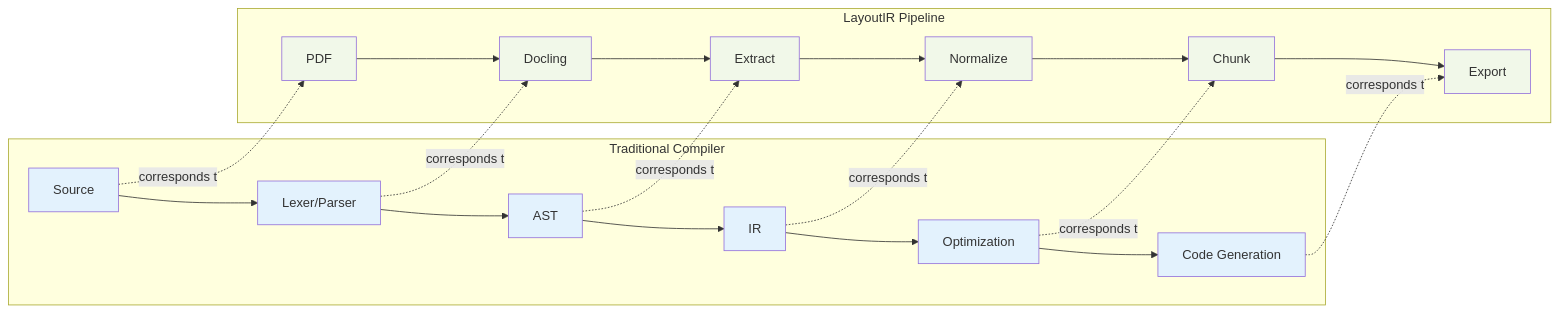
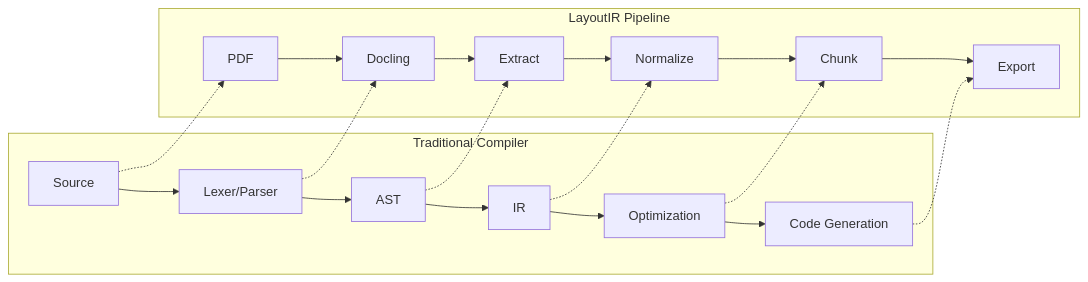
The first of 3 diagrams in docs/ARCHITECTURE.md (RahulPatnaik/layoutir), drawn with Mermaid before and after one commit. The commit also changed other lines of this file and 1 other file, not shown here.

Commit message:
Updated mermaid diagrams

````diff
--- a/docs/ARCHITECTURE.md
+++ b/docs/ARCHITECTURE.md
@@ -13,38 +13,25 @@
 ```mermaid
 graph LR
-    subgraph "Traditional Compiler"
+    subgraph TC[Traditional Compiler]
         CS[Source] --> CL[Lexer/Parser]
         CL --> CA[AST]
         CA --> CI[IR]
         CI --> CO[Optimization]
         CO --> CC[Code Generation]
     end
 
-    subgraph "LayoutIR Pipeline"
+    subgraph LP[LayoutIR Pipeline]
         PS[PDF] --> PD[Docling]
         PD --> PE[Extract]
         PE --> PN[Normalize]
         PN --> PC[Chunk]
         PC --> PX[Export]
     end
 
-    CS -.corresponds to.-> PS
-    CL -.corresponds to.-> PD
-    CA -.corresponds to.-> PE
-    CI -.corresponds to.-> PN
-    CO -.corresponds to.-> PC
-    CC -.corresponds to.-> PX
-
-    style CS fill:#e3f2fd
-    style CL fill:#e3f2fd
-    style CA fill:#e3f2fd
-    style CI fill:#e3f2fd
-    style CO fill:#e3f2fd
-    style CC fill:#e3f2fd
-    style PS fill:#f1f8e9
-    style PD fill:#f1f8e9
-    style PE fill:#f1f8e9
-    style PN fill:#f1f8e9
-    style PC fill:#f1f8e9
-    style PX fill:#f1f8e9
+    CS -.-> PS
+    CL -.-> PD
+    CA -.-> PE
+    CI -.-> PN
+    CO -.-> PC
+    CC -.-> PX
 ```
````
